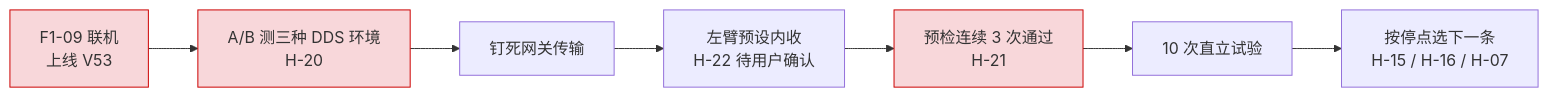
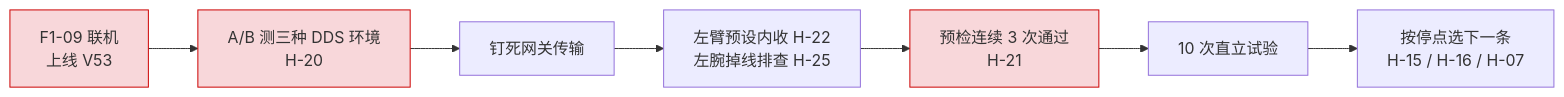
Before and after one commit to BrunonXU/DM0.5: the diagram in Claude-advice/HARNESS/review-v53.md, drawn with Mermaid. The commit also changed other lines of this file and 3 other files, not shown here.

````diff
--- a/Claude-advice/HARNESS/review-v53.md
+++ b/Claude-advice/HARNESS/review-v53.md
@@ -14,11 +15,11 @@
 ```mermaid
 flowchart LR
   A[F1-09 联机<br/>上线 V53] --> B[A/B 测三种 DDS 环境<br/>H-20]
   B --> C[钉死网关传输]
-  C --> D[左臂预设内收<br/>H-22 待用户确认]
+  C --> D[左臂预设内收 H-22<br/>左腕掉线排查 H-25]
   D --> E[预检连续 3 次通过<br/>H-21]
   E --> F[10 次直立试验]
   F --> G[按停点选下一条<br/>H-15 / H-16 / H-07]
   classDef block fill:#f8d7da,stroke:#c00;
   class A,B,E block;
 ```
````
